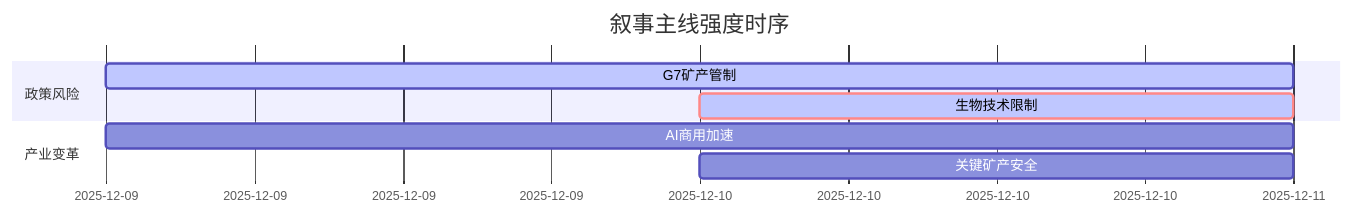
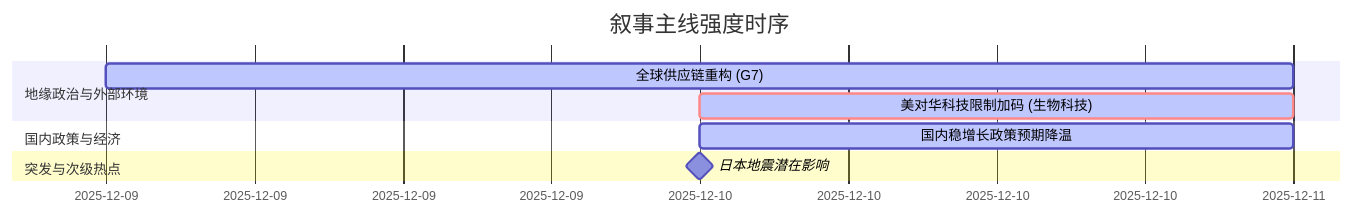
The diagram in README.md (uu5zn/uu5zn.github.io), drawn with Mermaid before and after one commit. The commit also changed other lines of this file and 1 other file, not shown here.

````diff
--- a/README.md
+++ b/README.md
@@ -43,12 +57,15 @@
 ```mermaid
 gantt
     title 叙事主线强度时序
     dateFormat  YYYY-MM-DD
-    section 政策风险
-    G7矿产管制   :active, 2025-12-09, 2d
-    生物技术限制 :crit, active, 2025-12-10, 1d
+    section 地缘政治与外部环境
+    全球供应链重构 (G7)  :active, 2025-12-09, 2d
+    美对华科技限制加码 (生物科技) :crit, active, 2025-12-10, 1d
     
-    section 产业变革
-    AI商用加速   :2025-12-09, 2d
-    关键矿产安全 :2025-12-10, 1d
+    section 国内政策与经济
+    国内稳增长政策预期降温 :active, 2025-12-10, 1d
+    
+    section 突发与次级热点
+    日本地震潜在影响 :milestone, 2025-12-10, 0d
+    
 ```
````
